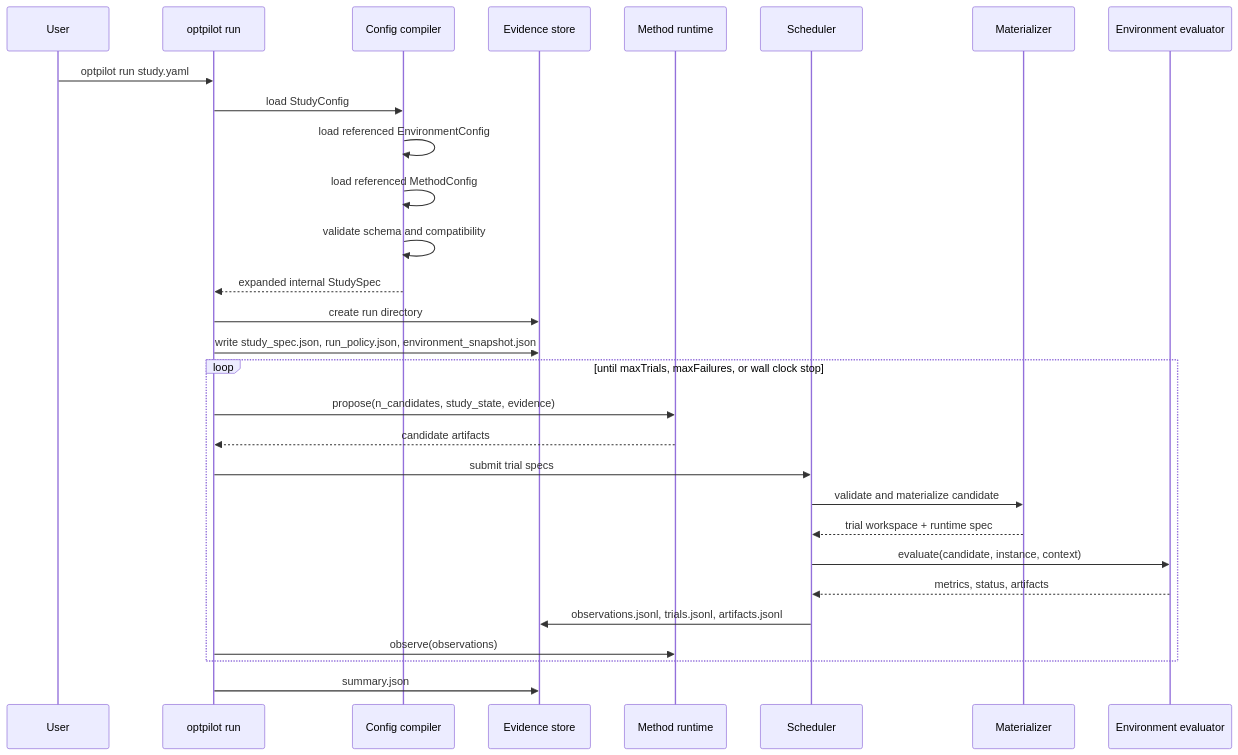
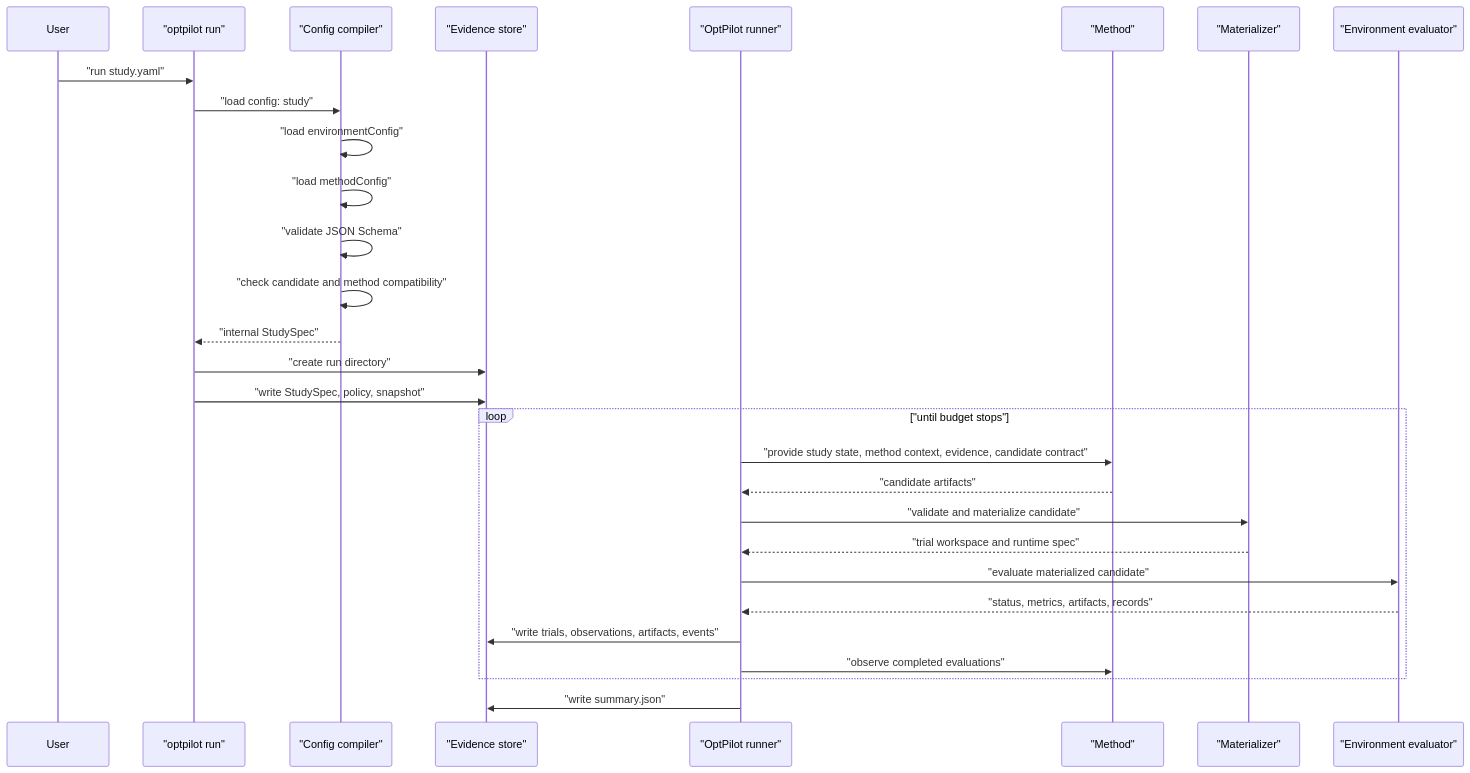
Before and after one commit to MINDS-THU/OptPilot: the diagram in docs/how-it-works.md, drawn with Mermaid. The commit also changed other lines of this file and 50 other files, not shown here.

````diff
--- a/docs/how-it-works.md
+++ b/docs/how-it-works.md
@@ -13,34 +13,34 @@
 ```mermaid
 sequenceDiagram
   participant User
-  participant CLI as optpilot run
-  participant Compiler as Config compiler
-  participant Store as Evidence store
-  participant Method as Method runtime
-  participant Scheduler
-  participant Materializer
-  participant Env as Environment evaluator
+  participant CLI as "optpilot run"
+  participant Compiler as "Config compiler"
+  participant Store as "Evidence store"
+  participant Runner as "OptPilot runner"
+  participant Method as "Method"
+  participant Materializer as "Materializer"
+  participant Evaluator as "Environment evaluator"
 
-  User->>CLI: optpilot run study.yaml
-  CLI->>Compiler: load StudyConfig
-  Compiler->>Compiler: load referenced EnvironmentConfig
-  Compiler->>Compiler: load referenced MethodConfig
-  Compiler->>Compiler: validate schema and compatibility
-  Compiler-->>CLI: expanded internal StudySpec
-  CLI->>Store: create run directory
-  CLI->>Store: write study_spec.json, run_policy.json, environment_snapshot.json
+  User->>CLI: "run study.yaml"
+  CLI->>Compiler: "load config: study"
+  Compiler->>Compiler: "load environmentConfig"
+  Compiler->>Compiler: "load methodConfig"
+  Compiler->>Compiler: "validate JSON Schema"
+  Compiler->>Compiler: "check candidate and method compatibility"
+  Compiler-->>CLI: "internal StudySpec"
+  CLI->>Store: "create run directory"
+  CLI->>Store: "write StudySpec, policy, snapshot"
 
-  loop until maxTrials, maxFailures, or wall clock stop
-    CLI->>Method: propose(n_candidates, study_state, evidence)
-    Method-->>CLI: candidate artifacts
-    CLI->>Scheduler: submit trial specs
-    Scheduler->>Materializer: validate and materialize candidate
-    Materializer-->>Scheduler: trial workspace + runtime spec
-    Scheduler->>Env: evaluate(candidate, instance, context)
-    Env-->>Scheduler: metrics, status, artifacts
-    Scheduler->>Store: observations.jsonl, trials.jsonl, artifacts.jsonl
-    CLI->>Method: observe(observations)
+  loop "until budget stops"
+    Runner->>Method: "provide study state, method context, evidence, candidate contract"
+    Method-->>Runner: "candidate artifacts"
+    Runner->>Materializer: "validate and materialize candidate"
+    Materializer-->>Runner: "trial workspace and runtime spec"
+    Runner->>Evaluator: "evaluate materialized candidate"
+    Evaluator-->>Runner: "status, metrics, artifacts, records"
+    Runner->>Store: "write trials, observations, artifacts, events"
+    Runner->>Method: "observe completed evaluations"
   end
 
-  CLI->>Store: summary.json
+  Runner->>Store: "write summary.json"
 ```
````
